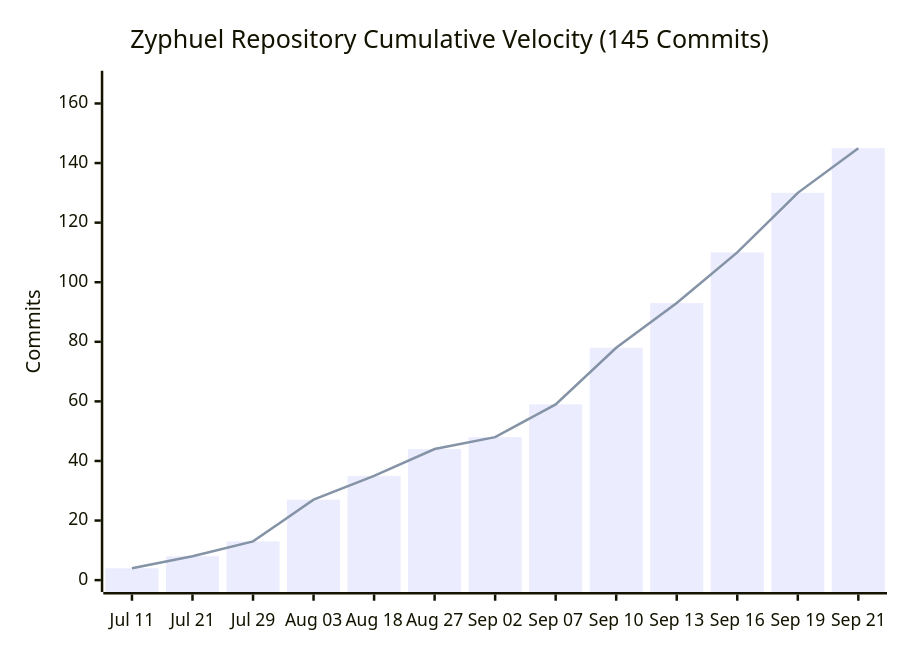
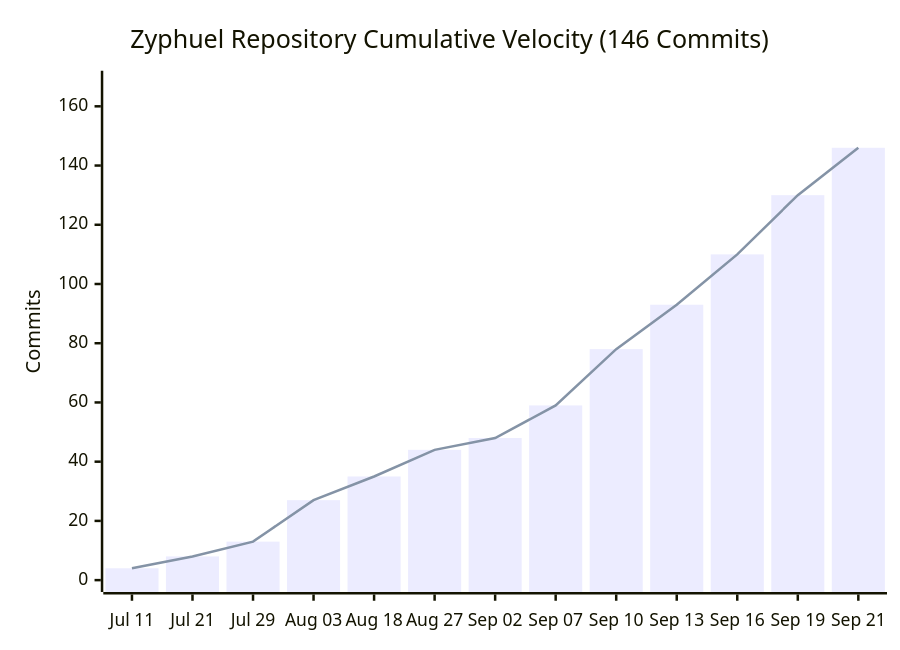
One commit to daniyal44/Zyphuel changed the diagram in README.md. Above: the diagram before and after it, drawn with Mermaid. The commit also changed other lines of this file and 10 other files, not shown here.

````diff
--- a/README.md
+++ b/README.md
@@ -30,8 +30,8 @@
 ```mermaid
 xychart-beta
-    title "Zyphuel Repository Cumulative Velocity (145 Commits)"
+    title "Zyphuel Repository Cumulative Velocity (146 Commits)"
     x-axis ["Jul 11", "Jul 21", "Jul 29", "Aug 03", "Aug 18", "Aug 27", "Sep 02", "Sep 07", "Sep 10", "Sep 13", "Sep 16", "Sep 19", "Sep 21"]
-    y-axis "Commits" 0 --> 167
-    bar [4, 8, 13, 27, 35, 44, 48, 59, 78, 93, 110, 130, 145]
-    line [4, 8, 13, 27, 35, 44, 48, 59, 78, 93, 110, 130, 145]
+    y-axis "Commits" 0 --> 168
+    bar [4, 8, 13, 27, 35, 44, 48, 59, 78, 93, 110, 130, 146]
+    line [4, 8, 13, 27, 35, 44, 48, 59, 78, 93, 110, 130, 146]
 ```
````
